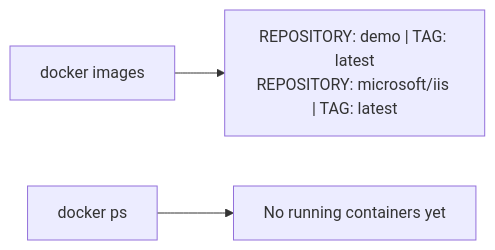
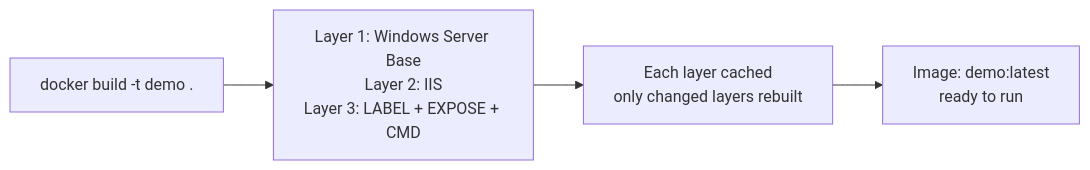
The seventh of 9 diagrams in public/content/blog/posts/docker-3.md (ajeetchouksey/ajch_platform), drawn with Mermaid before and after one commit. The commit also changed other lines of this file and 3 other files, not shown here.

````diff
--- a/public/content/blog/posts/docker-3.md
+++ b/public/content/blog/posts/docker-3.md
@@ -183,5 +182,6 @@
 ```mermaid
 flowchart LR
-  IMG["docker images"] --> TABLE["REPOSITORY: demo | TAG: latest\nREPOSITORY: microsoft/iis | TAG: latest"]
-  PS["docker ps"] --> CONT["No running containers yet"]
+  BUILD["docker build -t demo ."] --> LAYERS["Layer 1: Windows Server Base\nLayer 2: IIS\nLayer 3: LABEL + EXPOSE + CMD"]
+  LAYERS --> CACHED["Each layer cached\nonly changed layers rebuilt"]
+  CACHED --> IMG["Image: demo:latest\nready to run"]
 ```
````
